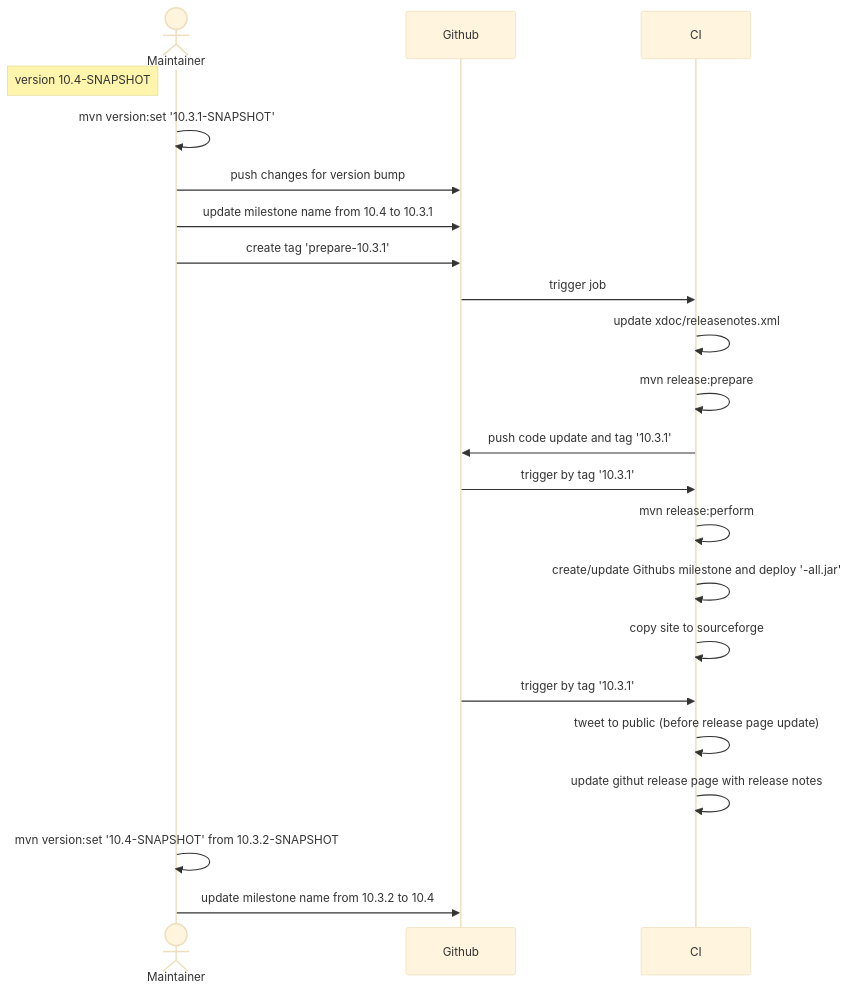
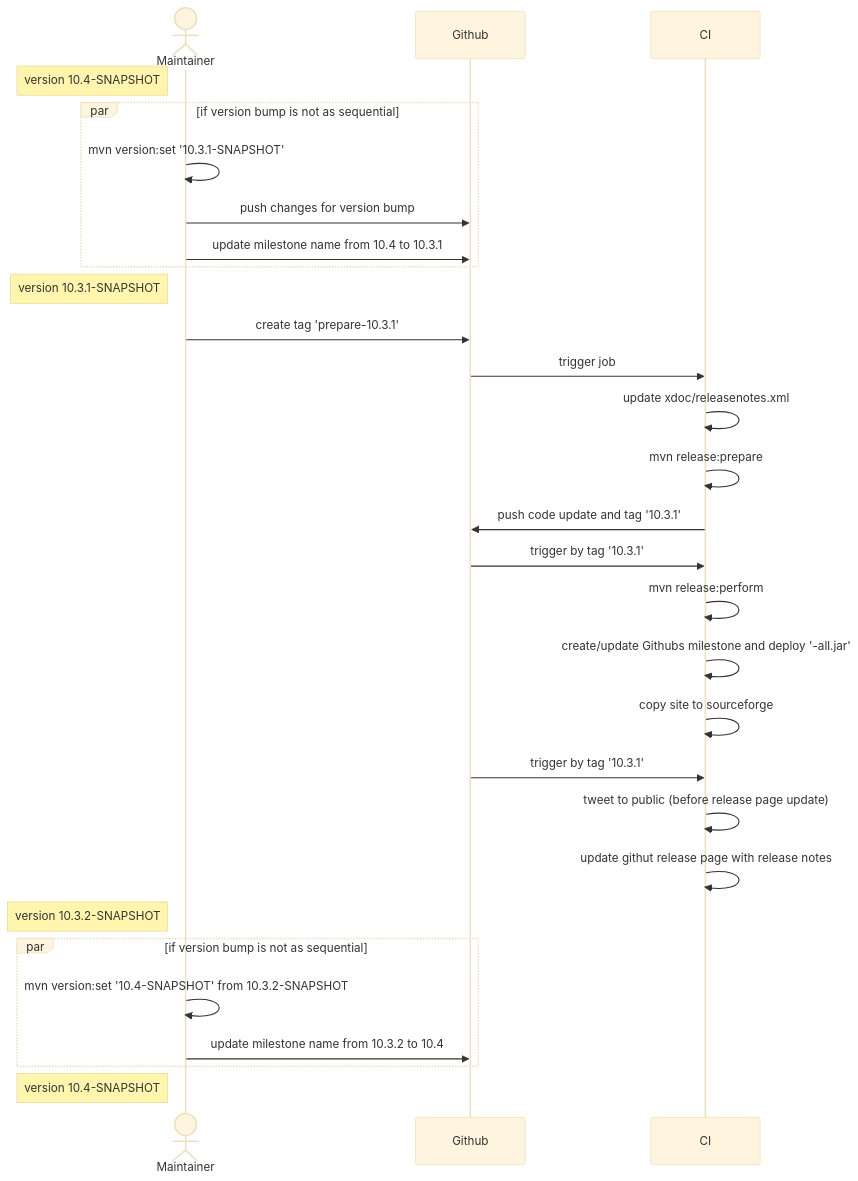
The diagram in releasenotes-builder/diagrams.md (checkstyle/contribution), drawn with Mermaid (base theme) before and after one commit.

Commit message:
doc: define optional parts in seq release diagram

````diff
--- a/releasenotes-builder/diagrams.md
+++ b/releasenotes-builder/diagrams.md
@@ -5,27 +5,34 @@
 ```mermaid
 sequenceDiagram
     actor Maintainer
     participant Github
     participant CI
     Note left of Maintainer: version 10.4-SNAPSHOT
-    Maintainer->>Maintainer: mvn version:set '10.3.1-SNAPSHOT'
-    Maintainer->>Github: push changes for version bump
-    Maintainer->>Github: update milestone name from 10.4 to 10.3.1
+    par if version bump is not as sequential
+        Maintainer->>Maintainer: mvn version:set '10.3.1-SNAPSHOT'
+        Maintainer->>Github: push changes for version bump
+        Maintainer->>Github: update milestone name from 10.4 to 10.3.1
+    end
+    Note left of Maintainer: version 10.3.1-SNAPSHOT
     Maintainer->>Github: create tag 'prepare-10.3.1'
     Github->>CI: trigger job
     CI->>CI: update xdoc/releasenotes.xml
     CI->>CI: mvn release:prepare
     CI->>Github: push code update and tag '10.3.1'
 
     Github->>CI: trigger by tag '10.3.1'
     CI->>CI: mvn release:perform
     CI->>CI: create/update Githubs milestone and deploy '-all.jar'
     CI->>CI: copy site to sourceforge
 
     Github->>CI: trigger by tag '10.3.1'
     CI->>CI: tweet to public (before release page update)
     CI->>CI: update githut release page with release notes
 
-    Maintainer->>Maintainer: mvn version:set '10.4-SNAPSHOT' from 10.3.2-SNAPSHOT
-    Maintainer->>Github: update milestone name from 10.3.2 to 10.4
+    Note left of Maintainer: version 10.3.2-SNAPSHOT
+    par if version bump is not as sequential
+        Maintainer->>Maintainer: mvn version:set '10.4-SNAPSHOT' from 10.3.2-SNAPSHOT
+        Maintainer->>Github: update milestone name from 10.3.2 to 10.4
+    end
+    Note left of Maintainer: version 10.4-SNAPSHOT
 ```
````
